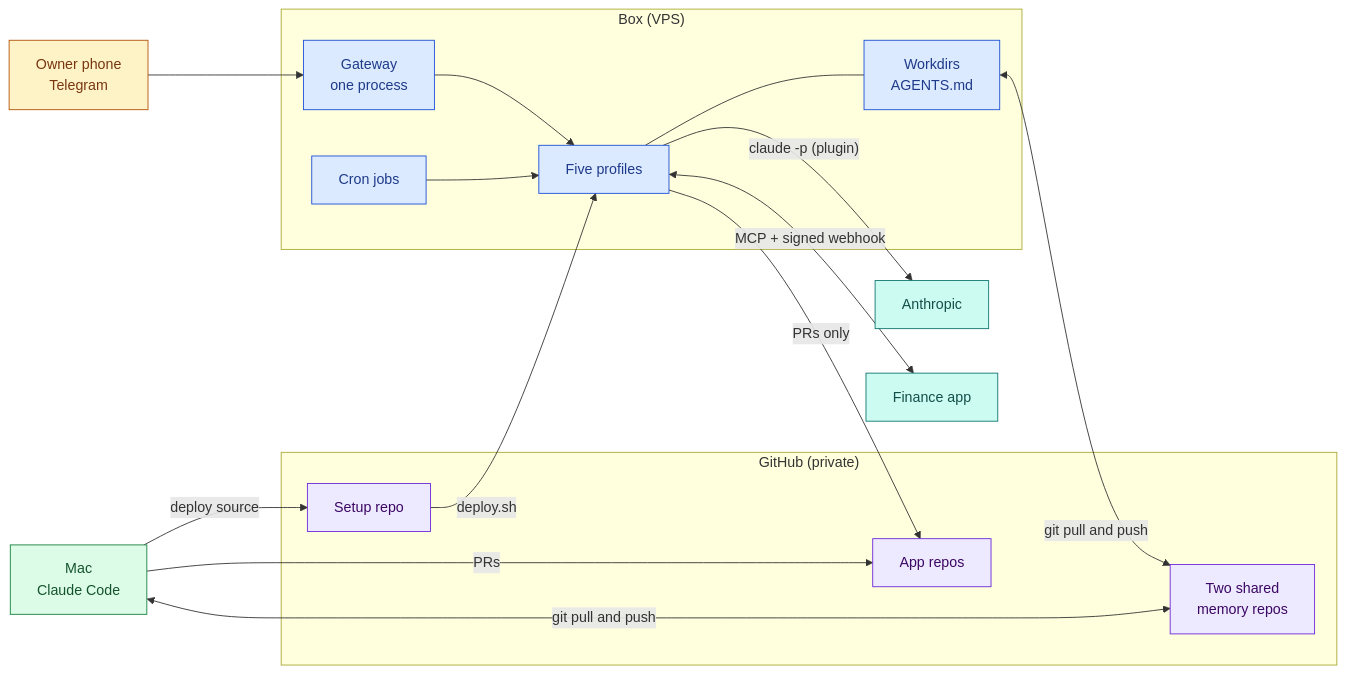
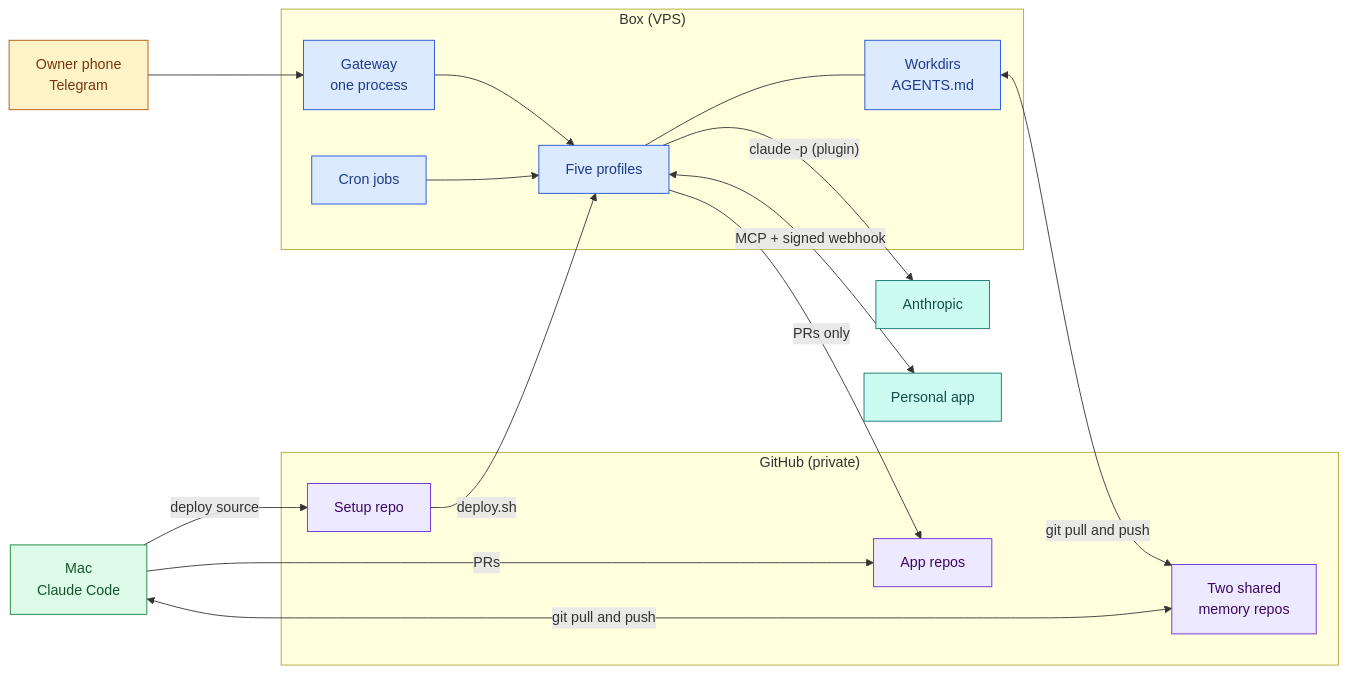
Before and after one commit to icrona/hermes-agent-architecture: the diagram in README.md, drawn with Mermaid. The commit also changed 7 other files, not shown here.

Commit message:
Make profile descriptions vaguer: no domain detail for the five profiles or the external app

````diff
--- a/README.md
+++ b/README.md
@@ -11,36 +11,36 @@
 ```mermaid
 flowchart LR
   phone["Owner phone<br/>Telegram"]:::owner
   subgraph BOX["Box (VPS)"]
     gw["Gateway<br/>one process"]:::box
     prof["Five profiles"]:::box
     wd["Workdirs<br/>AGENTS.md"]:::box
     cron["Cron jobs"]:::box
   end
   subgraph GH["GitHub (private)"]
     setup["Setup repo"]:::github
     mem["Two shared<br/>memory repos"]:::github
     apps["App repos"]:::github
   end
   mac["Mac<br/>Claude Code"]:::mac
   ant["Anthropic"]:::external
-  fin["Finance app"]:::external
+  fin["Personal app"]:::external
   phone --> gw
   gw --> prof
   prof --- wd
   cron --> prof
   prof -->|"claude -p (plugin)"| ant
   wd <-->|git pull and push| mem
   mac <-->|git pull and push| mem
   mac -->|deploy source| setup
   setup -->|deploy.sh| prof
   mac -->|PRs| apps
   prof -->|PRs only| apps
   prof <-->|"MCP + signed webhook"| fin
   classDef box fill:#dbeafe,stroke:#1d4ed8,color:#1e3a8a
   classDef mac fill:#dcfce7,stroke:#15803d,color:#14532d
   classDef github fill:#ede9fe,stroke:#6d28d9,color:#3b0764
   classDef owner fill:#fef3c7,stroke:#b45309,color:#78350f
   classDef external fill:#ccfbf1,stroke:#0f766e,color:#134e4a
   classDef secret fill:#fee2e2,stroke:#b91c1c,color:#7f1d1d,stroke-dasharray:4 2
 ```
````
